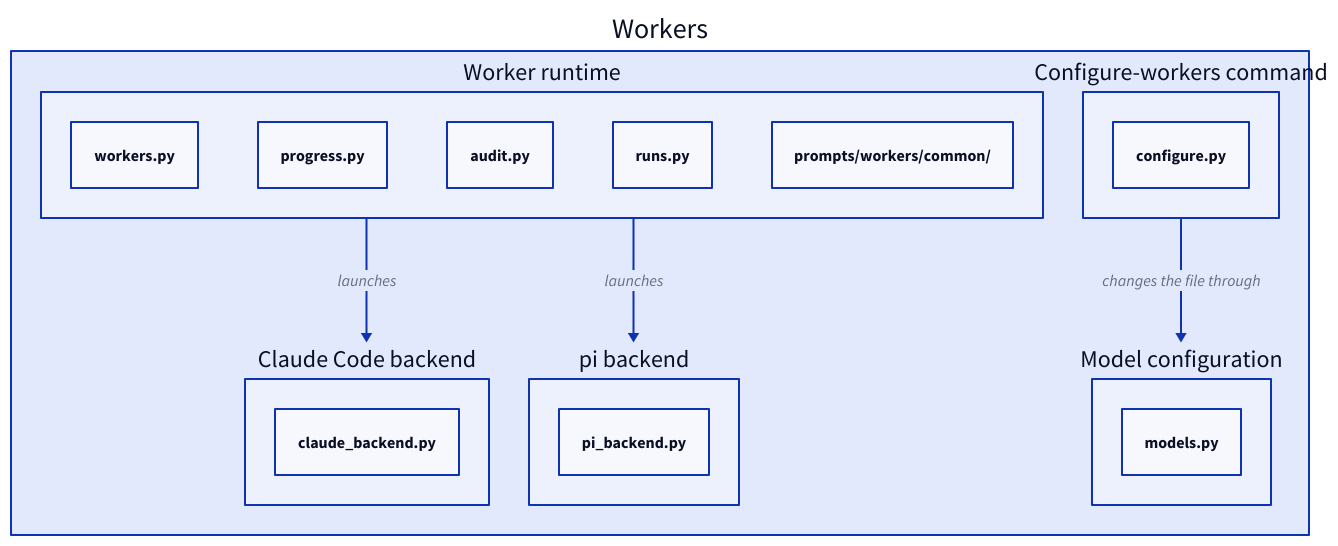
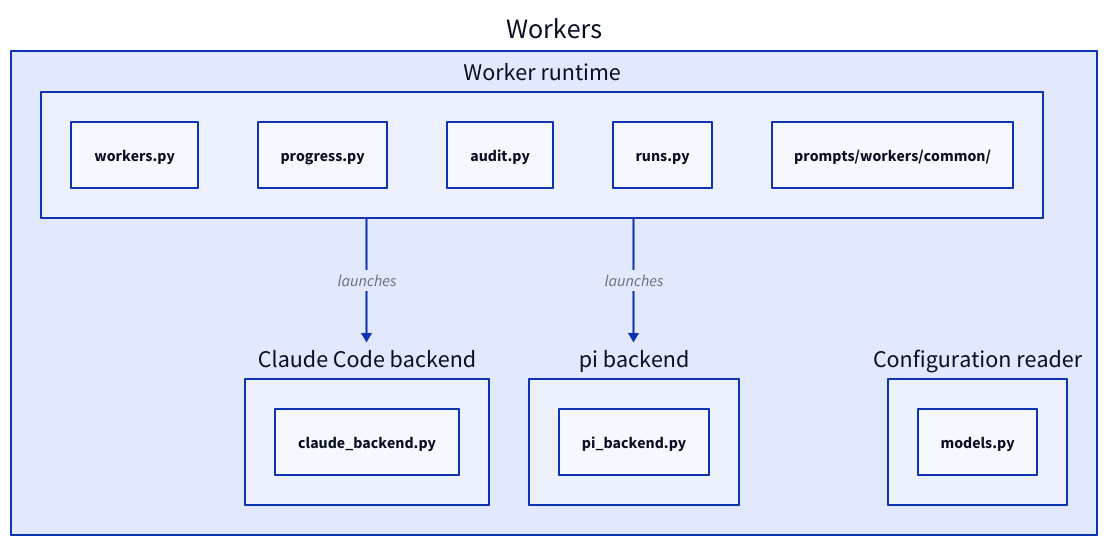
The fourth of 5 diagrams in specs/concorde/execution/workers/module.md (FTOD/concorde), drawn with D2 before and after one commit. The commit also changed other lines of this file and 92 other files, not shown here.

First line of the commit message:
Track the worker configuration in .concorde/workers.json; fix the registry path

````diff
--- a/specs/concorde/execution/workers/module.md
+++ b/specs/concorde/execution/workers/module.md
@@ -439,26 +407,22 @@
 ```d2
 workers: Workers {
   runtime: Worker runtime {
     "workers.py"
     "progress.py"
     "audit.py"
     "runs.py"
     "prompts/workers/common/"
   }
   claude: Claude Code backend {
     "claude_backend.py"
   }
   pi: pi backend {
     "pi_backend.py"
   }
-  models: Model configuration {
+  models: Configuration reader {
     "models.py"
-  }
-  configure: Configure-workers command {
-    "configure.py"
   }
   runtime -> claude: launches
   runtime -> pi: launches
-  configure -> models: changes the file through
 }
 ```
````
